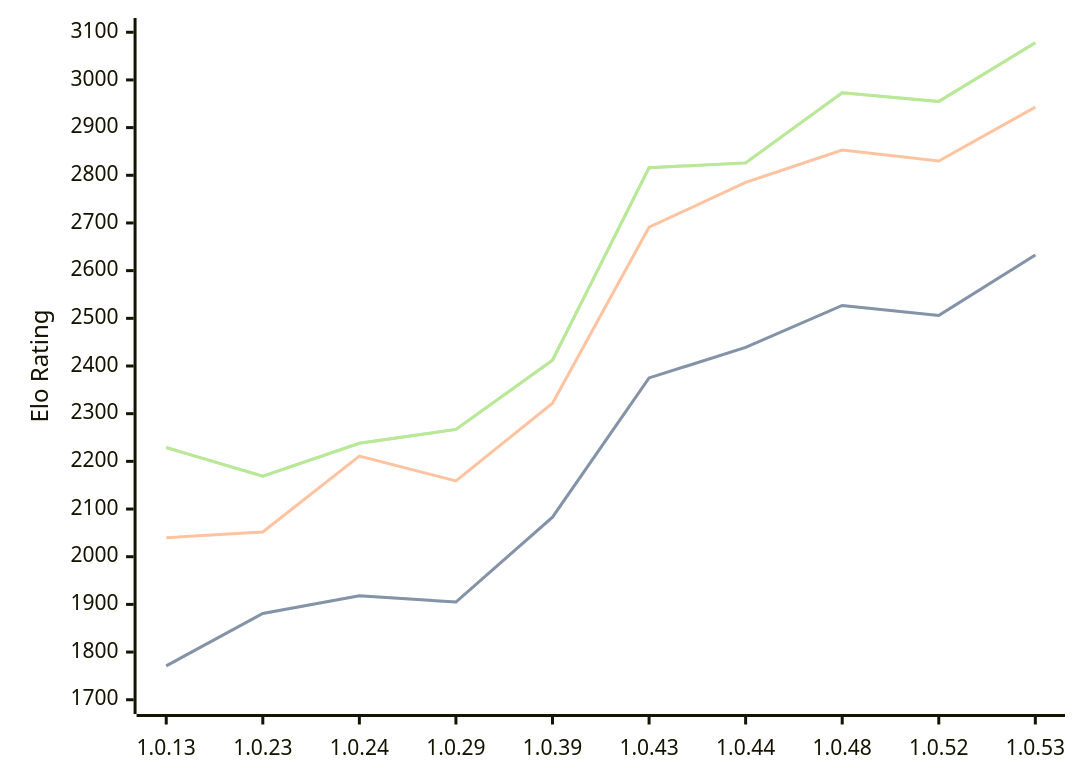
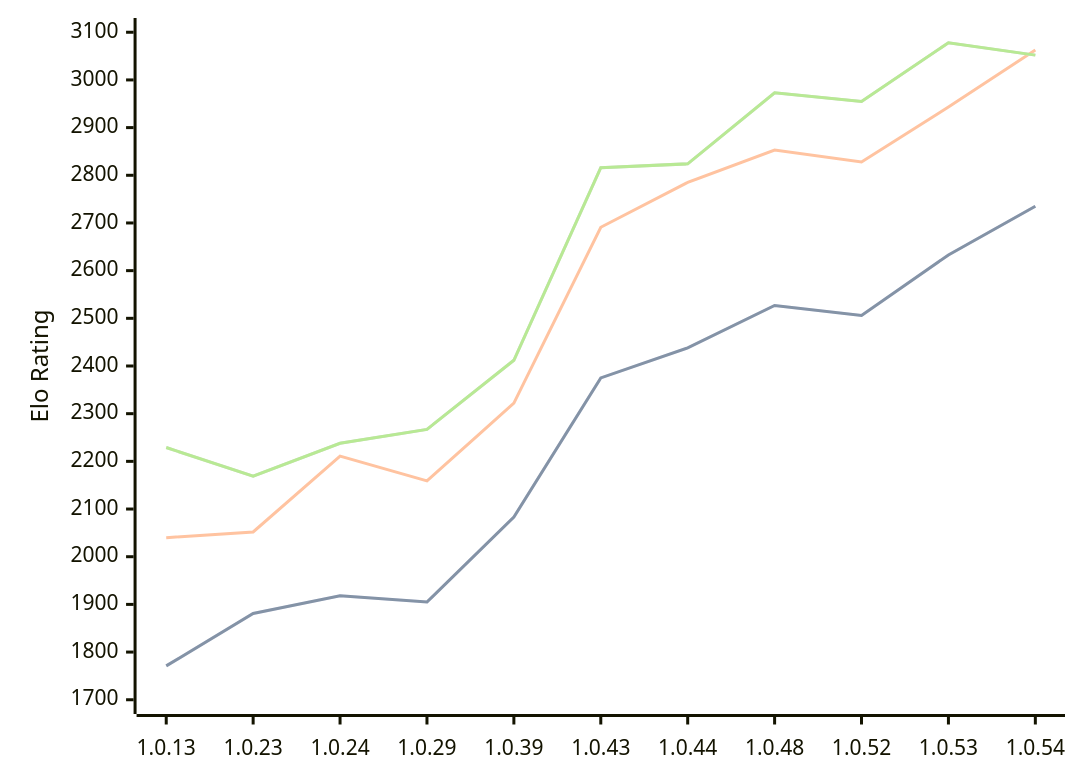
One commit to computer-chess-index/cci changed the diagram in engines/RustyRival.md. Above: the diagram before and after it, drawn with Mermaid. The commit also changed other lines of this file, not shown here.

Commit message:
Update CCI Ratings (ELO VLTC) - 2026-08-28

````diff
--- a/engines/RustyRival.md
+++ b/engines/RustyRival.md
@@ -55,11 +55,11 @@
 ```mermaid
 %%{init: {"theme":"base","themeVariables":{"seriesColors:['#a3a3a3','#222221','#faa371']}}}%%
 xychart-beta
-  x-axis ["1.0.13", "1.0.23", "1.0.24", "1.0.29", "1.0.39", "1.0.43", "1.0.44", "1.0.48", "1.0.52", "1.0.53"]
+  x-axis ["1.0.13", "1.0.23", "1.0.24", "1.0.29", "1.0.39", "1.0.43", "1.0.44", "1.0.48", "1.0.52", "1.0.53", "1.0.54"]
   y-axis "Elo Rating" 1700 --> 3100
-  line "" [1771, 1881, 1918, 1905, 2083, 2375, 2439, 2527, 2506, 2633]
-  line "STC (8.0+0.08s)" [1771, 1881, 1918, 1905, 2083, 2375, 2439, 2527, 2506, 2633]
-  line "LTC (60.0+0.60s)" [2040, 2052, 2211, 2159, 2322, 2691, 2785, 2853, 2830, 2943]
-  line "" [2229, 2169, 2238, 2267, 2412, 2816, 2826, 2973, 2955, 3078]
-  line "VLTC (2m24s+1.12s)" [2229, 2169, 2238, 2267, 2412, 2816, 2826, 2973, 2955, 3078]
+  line "" [1771, 1881, 1918, 1905, 2083, 2375, 2438, 2527, 2506, 2633, 2735]
+  line "STC (8.0+0.08s)" [1771, 1881, 1918, 1905, 2083, 2375, 2438, 2527, 2506, 2633, 2735]
+  line "LTC (60.0+0.60s)" [2040, 2052, 2211, 2159, 2322, 2691, 2785, 2853, 2828, 2943, 3063]
+  line "" [2229, 2169, 2238, 2267, 2412, 2816, 2824, 2973, 2955, 3078, 3052]
+  line "VLTC (2m24s+1.12s)" [2229, 2169, 2238, 2267, 2412, 2816, 2824, 2973, 2955, 3078, 3052]
 ```
````
